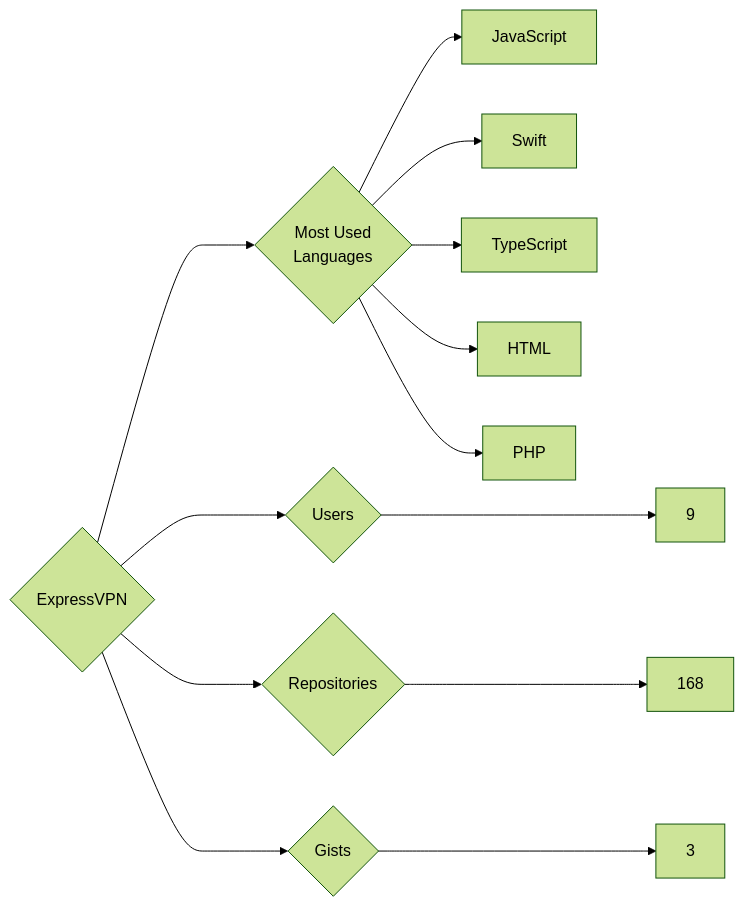
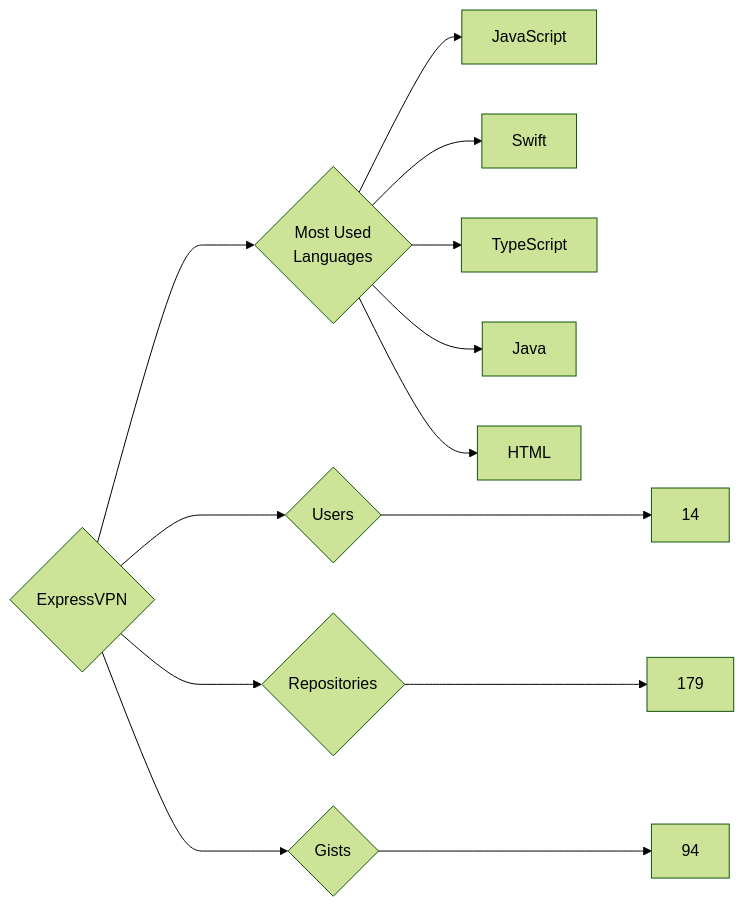
One commit to trickest/insiders changed the diagram in targets/ExpressVPN/README.md. Above: the diagram before and after it, drawn with Mermaid (forest theme). The commit also changed 681 other files, not shown here.

````diff
--- a/targets/ExpressVPN/README.md
+++ b/targets/ExpressVPN/README.md
@@ -3,13 +3,13 @@
 ```mermaid
 graph LR
 COMPANY_NAME{ExpressVPN}
-COMPANY_NAME ---> U{Users} ---> UN[9]
-COMPANY_NAME ---> R{Repositories} ---> RN[168]
-COMPANY_NAME ---> G{Gists} ---> GN[3]
+COMPANY_NAME ---> U{Users} ---> UN[14]
+COMPANY_NAME ---> R{Repositories} ---> RN[179]
+COMPANY_NAME ---> G{Gists} ---> GN[94]
 COMPANY_NAME ---> ML{Most Used<br>Languages}
 ML --> JavaScript[JavaScript]
 ML --> Swift[Swift]
 ML --> TypeScript[TypeScript]
+ML --> Java[Java]
 ML --> HTML[HTML]
-ML --> PHP[PHP]
 ```
````
